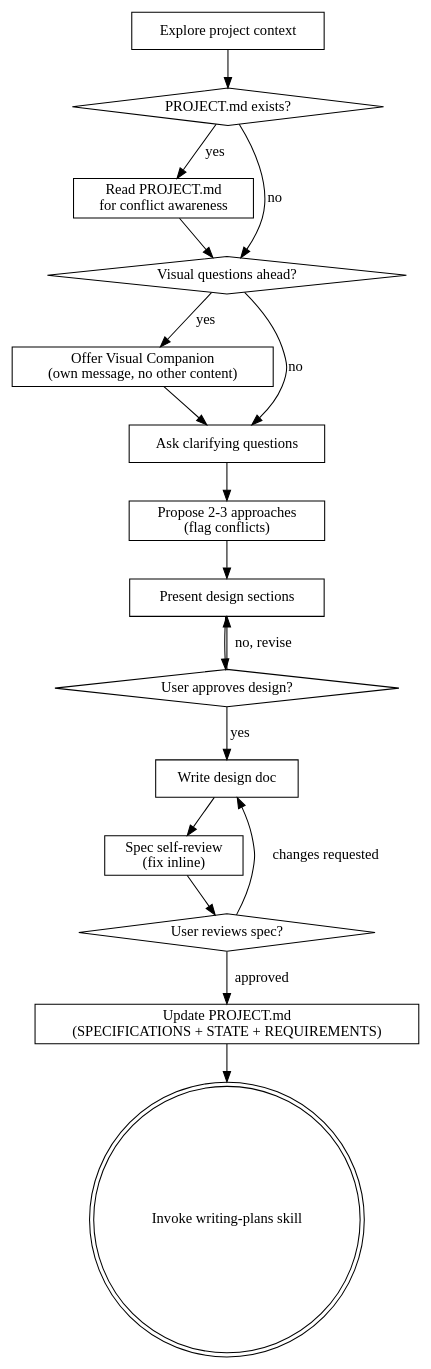
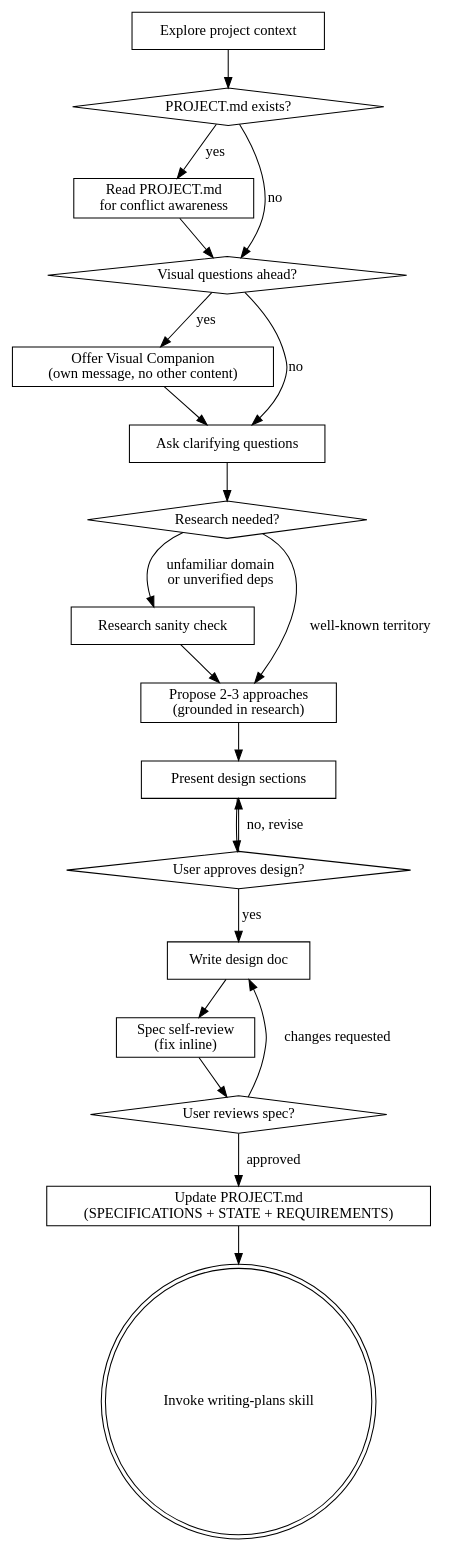
One commit to jacek2v/superpowers-j2v changed the diagram in skills/brainstorming/SKILL.md. Above: the diagram before and after it, drawn with Graphviz. The commit also changed other lines of this file and 1 other file, not shown here.

Commit message:
add simple research to update newest docs

````diff
--- a/skills/brainstorming/SKILL.md
+++ b/skills/brainstorming/SKILL.md
@@ -38,36 +39,41 @@
 ```dot
 digraph brainstorming {
     "Explore project context" [shape=box];
     "PROJECT.md exists?" [shape=diamond];
     "Read PROJECT.md\nfor conflict awareness" [shape=box];
     "Visual questions ahead?" [shape=diamond];
     "Offer Visual Companion\n(own message, no other content)" [shape=box];
     "Ask clarifying questions" [shape=box];
-    "Propose 2-3 approaches\n(flag conflicts)" [shape=box];
+    "Research needed?" [shape=diamond];
+    "Research sanity check" [shape=box];
+    "Propose 2-3 approaches\n(grounded in research)" [shape=box];
     "Present design sections" [shape=box];
     "User approves design?" [shape=diamond];
     "Write design doc" [shape=box];
     "Spec self-review\n(fix inline)" [shape=box];
     "User reviews spec?" [shape=diamond];
     "Update PROJECT.md\n(SPECIFICATIONS + STATE + REQUIREMENTS)" [shape=box];
     "Invoke writing-plans skill" [shape=doublecircle];
 
     "Explore project context" -> "PROJECT.md exists?";
     "PROJECT.md exists?" -> "Read PROJECT.md\nfor conflict awareness" [label="yes"];
     "PROJECT.md exists?" -> "Visual questions ahead?" [label="no"];
     "Read PROJECT.md\nfor conflict awareness" -> "Visual questions ahead?";
     "Visual questions ahead?" -> "Offer Visual Companion\n(own message, no other content)" [label="yes"];
     "Visual questions ahead?" -> "Ask clarifying questions" [label="no"];
     "Offer Visual Companion\n(own message, no other content)" -> "Ask clarifying questions";
-    "Ask clarifying questions" -> "Propose 2-3 approaches\n(flag conflicts)";
-    "Propose 2-3 approaches\n(flag conflicts)" -> "Present design sections";
+    "Ask clarifying questions" -> "Research needed?";
+    "Research needed?" -> "Research sanity check" [label="unfamiliar domain\nor unverified deps"];
+    "Research needed?" -> "Propose 2-3 approaches\n(grounded in research)" [label="well-known territory"];
+    "Research sanity check" -> "Propose 2-3 approaches\n(grounded in research)";
+    "Propose 2-3 approaches\n(grounded in research)" -> "Present design sections";
     "Present design sections" -> "User approves design?";
     "User approves design?" -> "Present design sections" [label="no, revise"];
     "User approves design?" -> "Write design doc" [label="yes"];
     "Write design doc" -> "Spec self-review\n(fix inline)";
     "Spec self-review\n(fix inline)" -> "User reviews spec?";
     "User reviews spec?" -> "Write design doc" [label="changes requested"];
     "User reviews spec?" -> "Update PROJECT.md\n(SPECIFICATIONS + STATE + REQUIREMENTS)" [label="approved"];
     "Update PROJECT.md\n(SPECIFICATIONS + STATE + REQUIREMENTS)" -> "Invoke writing-plans skill";
 }
 ```
````
